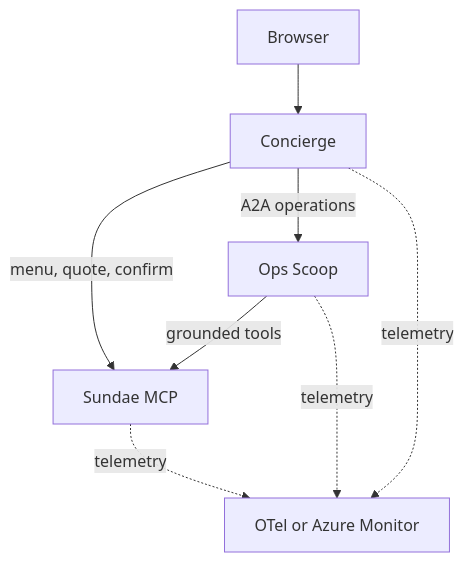
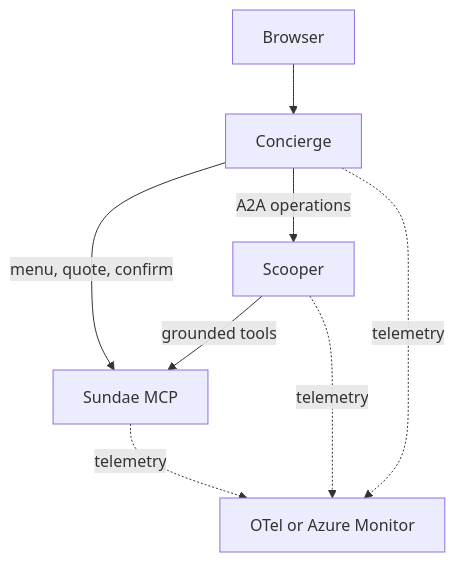
One commit to pauldotyu/sundae-funday changed the diagram in README.md. Above: the diagram before and after it, drawn with Mermaid. The commit also changed 6 other files, not shown here.

````diff
--- a/README.md
+++ b/README.md
@@ -7,10 +7,10 @@
 ```mermaid
 flowchart TD
     Browser --> Concierge
     Concierge -->|menu, quote, confirm| MCP[Sundae MCP]
-    Concierge -->|A2A operations| Ops[Ops Scoop]
+    Concierge -->|A2A operations| Ops[Scooper]
     Ops -->|grounded tools| MCP
     Concierge -. telemetry .-> Observe[OTel or Azure Monitor]
     Ops -. telemetry .-> Observe
     MCP -. telemetry .-> Observe
 ```
````
